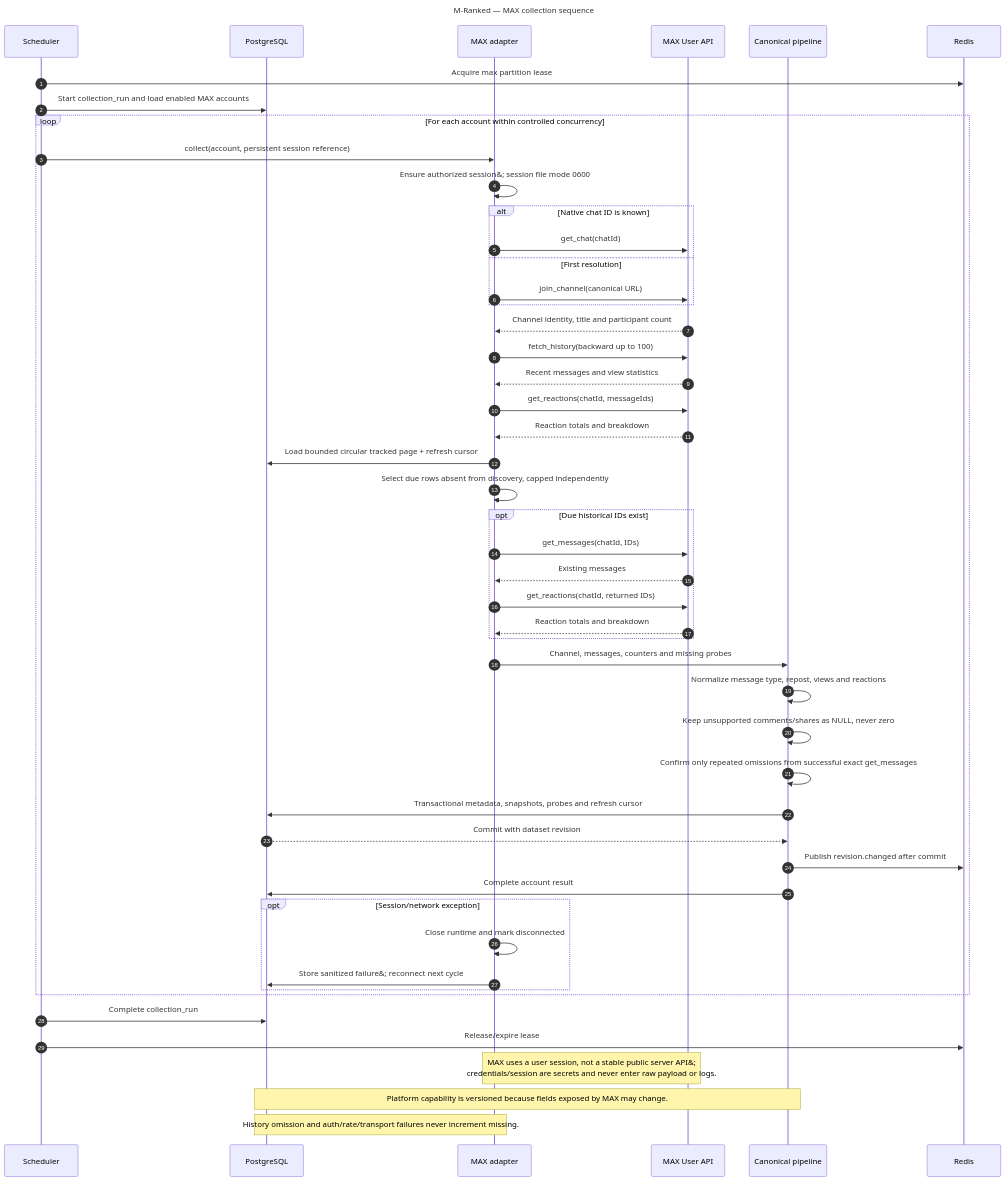
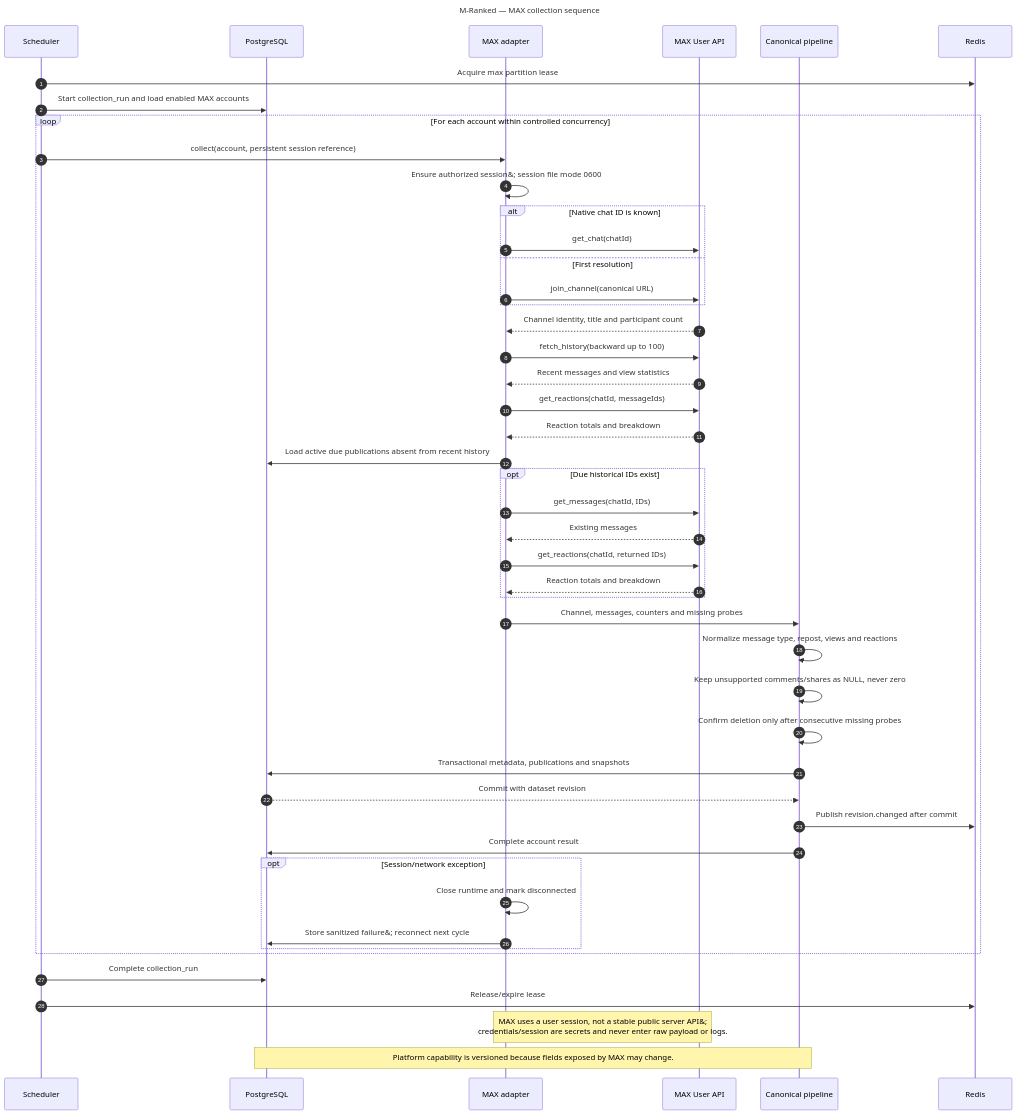
One commit to funpin/m-ranked changed the diagram in docs/architecture/sequences/collection-max.mmd. Above: the diagram before and after it, drawn with Mermaid. The commit also changed 20 other files, not shown here.

Commit message:
docs: update collector architecture documentation

```diff
--- a/docs/architecture/sequences/collection-max.mmd
+++ b/docs/architecture/sequences/collection-max.mmd
@@ -1,54 +1,52 @@
 ---
 title: M-Ranked — MAX collection sequence
 ---
 sequenceDiagram
     autonumber
     participant S as Scheduler
     participant DB as PostgreSQL
     participant M as MAX adapter
     participant MAX as MAX User API
     participant P as Canonical pipeline
     participant R as Redis
 
     S->>R: Acquire max partition lease
     S->>DB: Start collection_run and load enabled MAX accounts
     loop For each account within controlled concurrency
         S->>M: collect(account, persistent session reference)
         M->>M: Ensure authorized session&#59; session file mode 0600
         alt Native chat ID is known
             M->>MAX: get_chat(chatId)
         else First resolution
             M->>MAX: join_channel(canonical URL)
         end
         MAX-->>M: Channel identity, title and participant count
         M->>MAX: fetch_history(backward up to 100)
         MAX-->>M: Recent messages and view statistics
         M->>MAX: get_reactions(chatId, messageIds)
         MAX-->>M: Reaction totals and breakdown
-        M->>DB: Load bounded circular tracked page + refresh cursor
-        M->>M: Select due rows absent from discovery, capped independently
+        M->>DB: Load active due publications absent from recent history
         opt Due historical IDs exist
             M->>MAX: get_messages(chatId, IDs)
             MAX-->>M: Existing messages
             M->>MAX: get_reactions(chatId, returned IDs)
             MAX-->>M: Reaction totals and breakdown
         end
         M->>P: Channel, messages, counters and missing probes
         P->>P: Normalize message type, repost, views and reactions
         P->>P: Keep unsupported comments/shares as NULL, never zero
-        P->>P: Confirm only repeated omissions from successful exact get_messages
-        P->>DB: Transactional metadata, snapshots, probes and refresh cursor
+        P->>P: Confirm deletion only after consecutive missing probes
+        P->>DB: Transactional metadata, publications and snapshots
         DB-->>P: Commit with dataset revision
         P->>R: Publish revision.changed after commit
         P->>DB: Complete account result
         opt Session/network exception
             M->>M: Close runtime and mark disconnected
             M->>DB: Store sanitized failure&#59; reconnect next cycle
         end
     end
     S->>DB: Complete collection_run
     S->>R: Release/expire lease
 
     Note over M,MAX: MAX uses a user session, not a stable public server API&#59;<br/>credentials/session are secrets and never enter raw payload or logs.
     Note over P,DB: Platform capability is versioned because fields exposed by MAX may change.
-    Note over M,DB: History omission and auth/rate/transport failures never increment missing.
```
